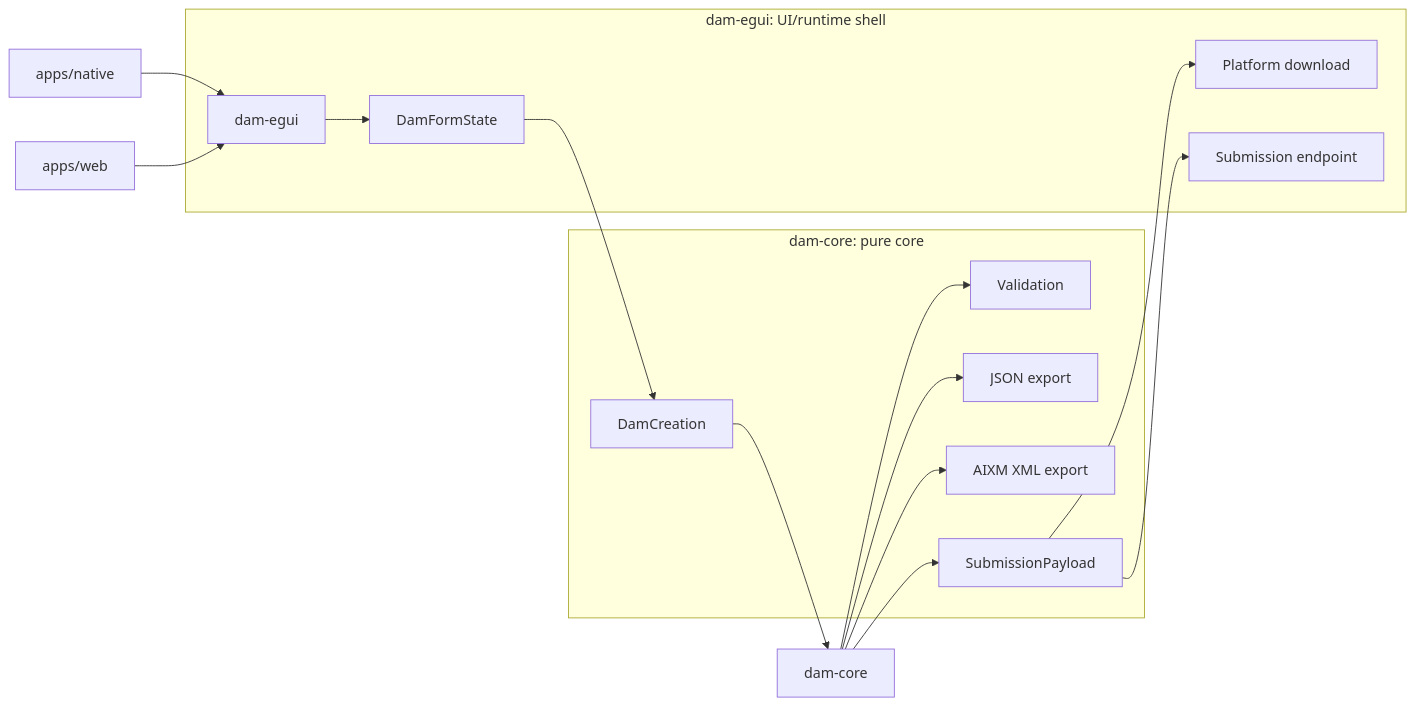
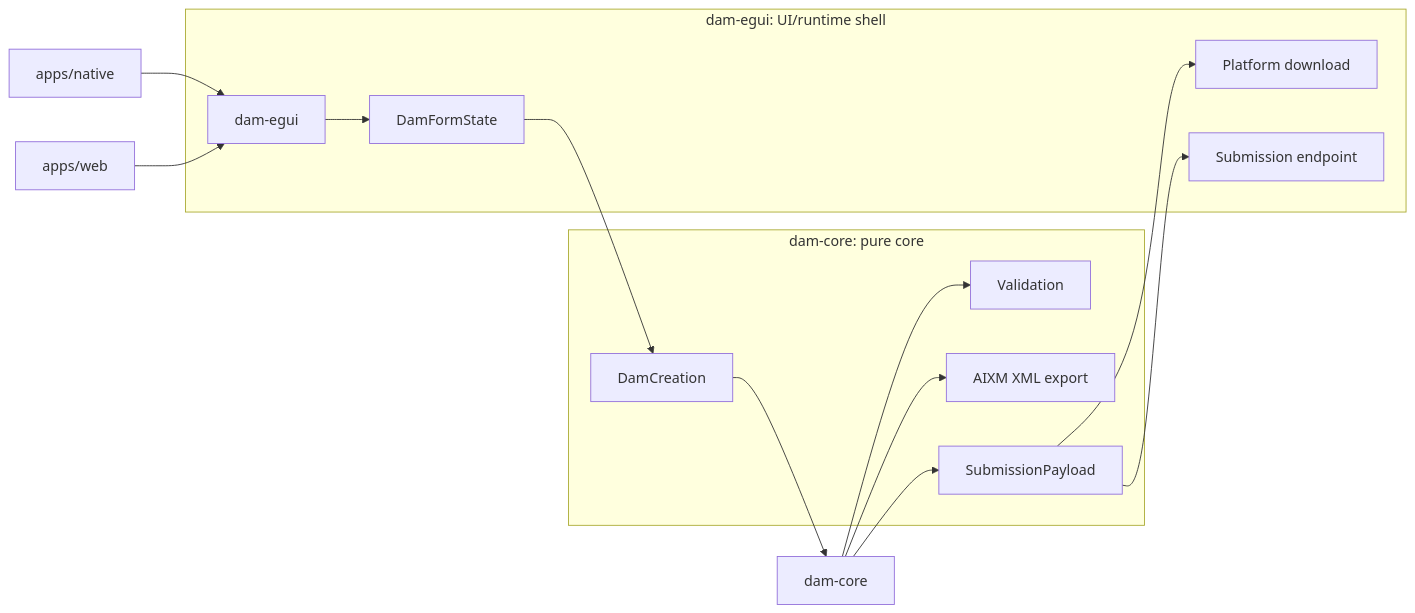
Before and after one commit to laurentDellaNegra/DAM-creation-tool: the diagram in docs/architecture.md, drawn with Mermaid. The commit also changed other lines of this file and 19 other files, not shown here.

````diff
--- a/docs/architecture.md
+++ b/docs/architecture.md
@@ -45,32 +50,30 @@
 ```mermaid
 flowchart LR
     Native[apps/native] --> Egui[dam-egui]
     Web[apps/web] --> Egui
 
     Egui --> FormState[DamFormState]
     FormState --> Creation[DamCreation]
     Creation --> Core[dam-core]
 
     Core --> Validation[Validation]
-    Core --> Json[JSON export]
     Core --> Aixm[AIXM XML export]
     Core --> Payload[SubmissionPayload]
 
     Payload --> Download[Platform download]
     Payload --> Submit[Submission endpoint]
 
     subgraph CoreBoundary[dam-core: pure core]
         Creation
         Validation
-        Json
         Aixm
         Payload
     end
 
     subgraph UiBoundary[dam-egui: UI/runtime shell]
         Egui
         FormState
         Download
         Submit
     end
 ```
````
